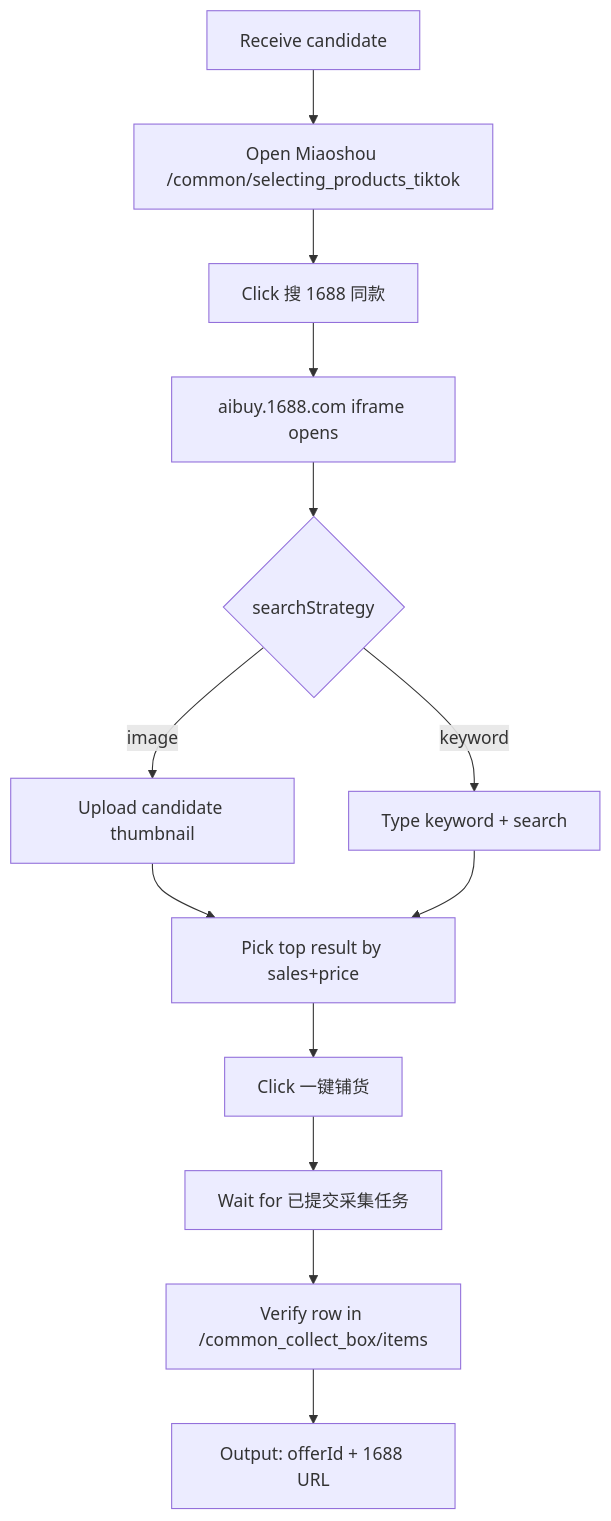
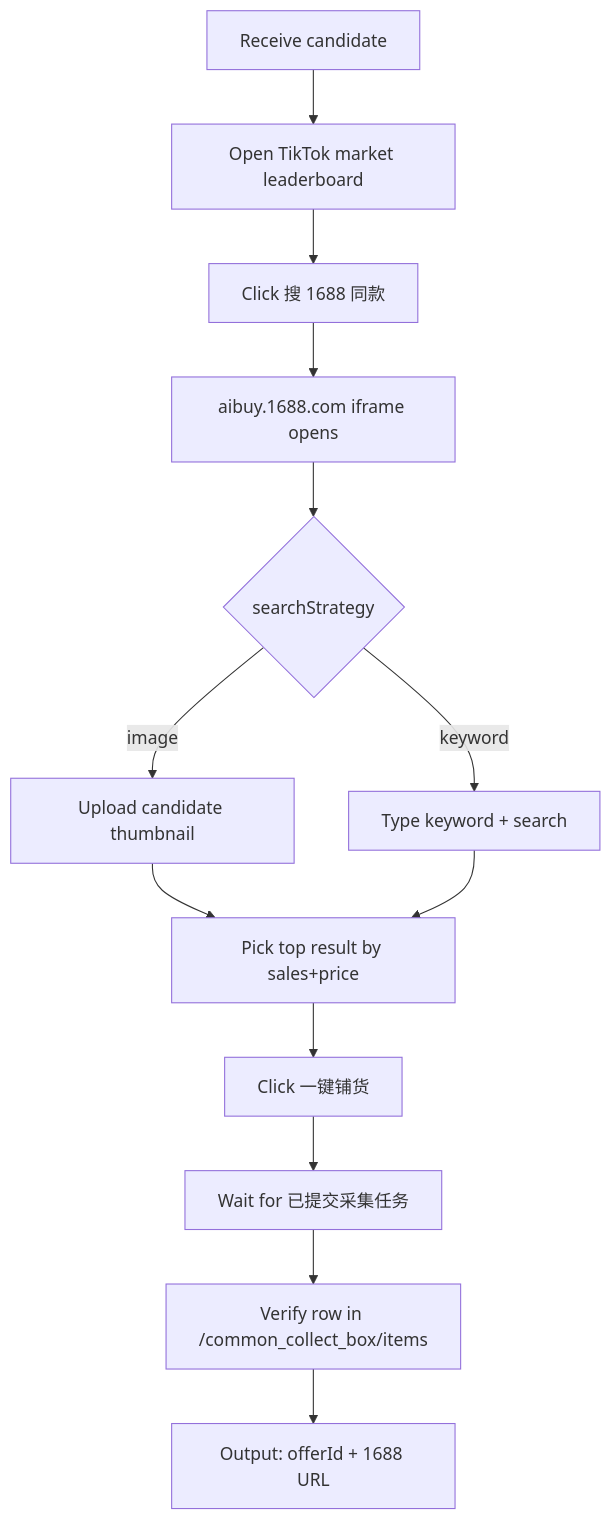
One commit to peipeijiang/miaoshou-tiktok-shop-skills changed the diagram in miaoshou-1688-same-source/SKILL.md. Above: the diagram before and after it, drawn with Mermaid. The commit also changed other lines of this file, not shown here.

Commit message:
fix same-source embedded collection flow

````diff
--- a/miaoshou-1688-same-source/SKILL.md
+++ b/miaoshou-1688-same-source/SKILL.md
@@ -84,15 +82,15 @@
 ```mermaid
 flowchart TB
-  A[Receive candidate] --> B[Open Miaoshou /common/selecting_products_tiktok]
+  A[Receive candidate] --> B[Open TikTok market leaderboard]
   B --> C[Click 搜 1688 同款]
   C --> D[aibuy.1688.com iframe opens]
   D --> E{searchStrategy}
   E -->|image| F[Upload candidate thumbnail]
   E -->|keyword| G[Type keyword + search]
   F --> H[Pick top result by sales+price]
   G --> H
   H --> I[Click 一键铺货]
   I --> J[Wait for 已提交采集任务]
   J --> K[Verify row in /common_collect_box/items]
   K --> L[Output: offerId + 1688 URL]
 ```
````
